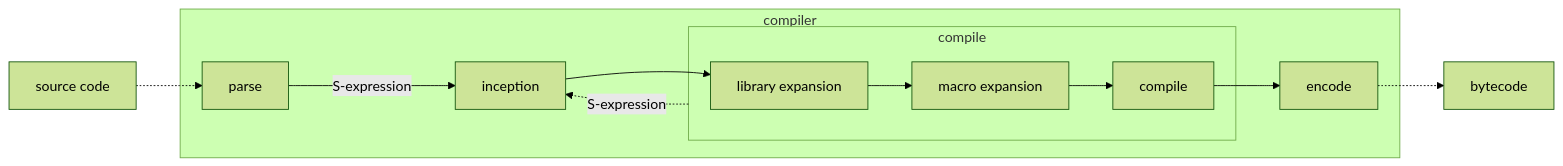
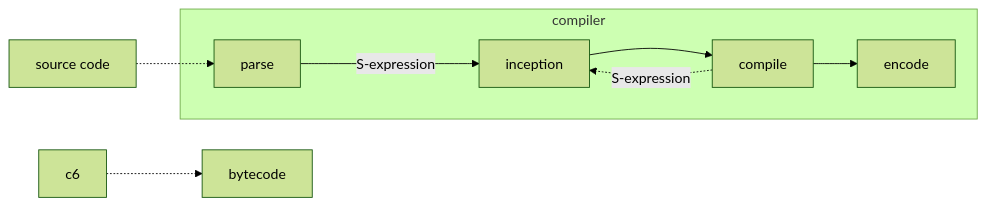
One commit to raviqqe/doc changed the diagram in slides/papers/stak-scheme/eval.mmd. Above: the diagram before and after it, drawn with Mermaid (forest theme).

```diff
--- a/slides/papers/stak-scheme/eval.mmd
+++ b/slides/papers/stak-scheme/eval.mmd
@@ -1,16 +1,12 @@
 flowchart LR
   d0[source code] -.-> c1
 
   subgraph s0[compiler]
-    c1[parse] --->|S-expression| c2[inception] --> c3
+    c1[parse] --->|S-expression| c2[inception] --> c3[compile]
 
-    subgraph s1[compile]
-      c3[library expansion] --> c4[macro expansion] --> c5[compile]
-    end
+    c3 -.->|S-expression| c2
 
-    s1 -.->|S-expression| c2
-
-    c5 --> c6[encode]
+    c3 --> c4[encode]
   end
 
   c6 -.-> d1[bytecode]
```
